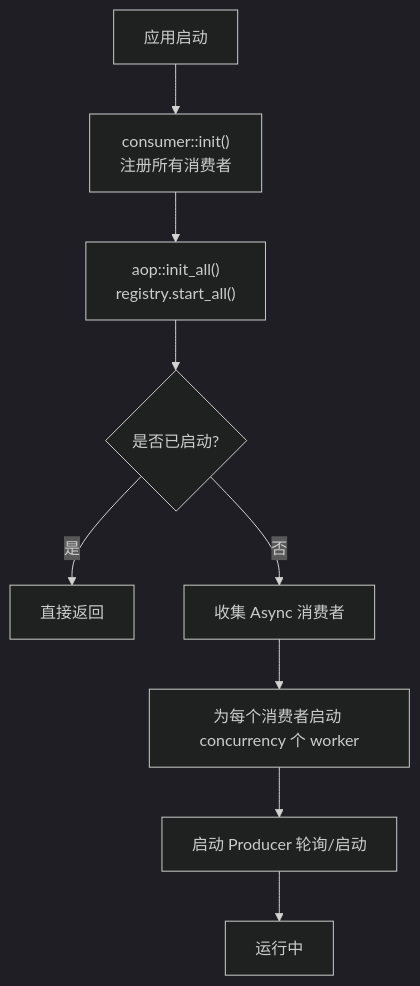
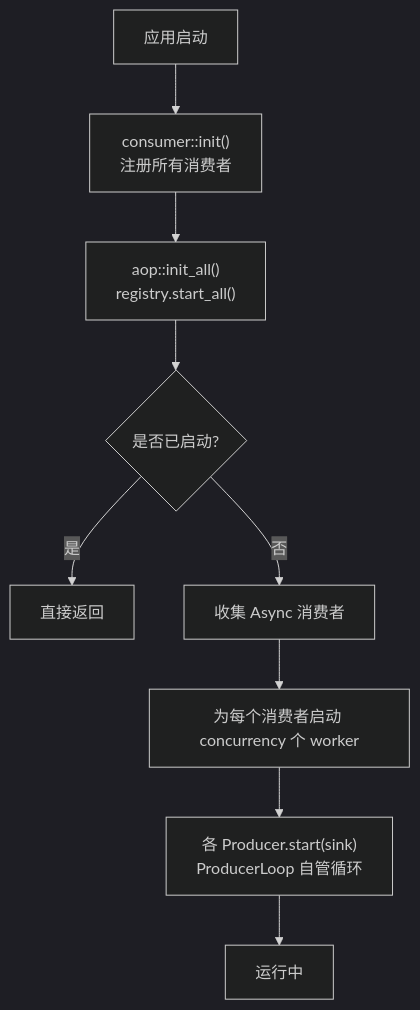
One commit to runningcoders/ai_orz changed the third of 5 diagrams in docs/wiki/zh/content/核心模块/AOP 事件系统/消费者框架/消费者接口规范.md. Above: the diagram before and after it, drawn with Mermaid (dark theme). The commit also changed other lines of this file and 37 other files, not shown here.

````diff
--- a/docs/wiki/zh/content/核心模块/AOP 事件系统/消费者框架/消费者接口规范.md
+++ b/docs/wiki/zh/content/核心模块/AOP 事件系统/消费者框架/消费者接口规范.md
@@ -175,11 +192,11 @@
 ```mermaid
-flowchart TD
+graph TB
 A["应用启动"] --> B["consumer::init()<br/>注册所有消费者"]
 B --> C["aop::init_all()<br/>registry.start_all()"]
 C --> D{"是否已启动?"}
 D --> |是| E["直接返回"]
 D --> |否| F["收集 Async 消费者"]
 F --> G["为每个消费者启动 concurrency 个 worker"]
-G --> H["启动 Producer 轮询/启动"]
+G --> H["各 Producer.start(sink)<br/>ProducerLoop 自管循环"]
 H --> I["运行中"]
 ```
````
